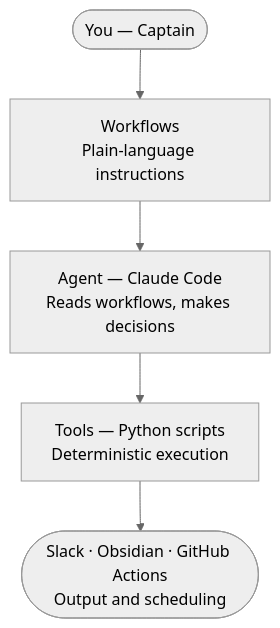
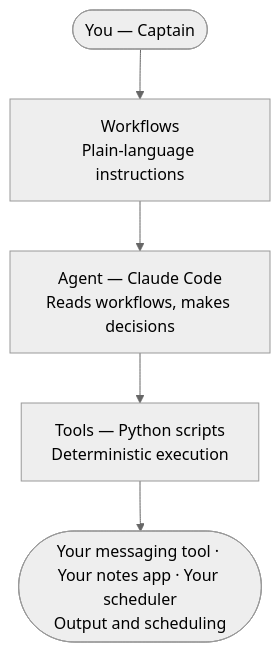
The first of 2 diagrams in README.md (lauriroukala-afk/LateOS-Blueprint), drawn with Mermaid (neutral theme) before and after one commit. The commit also changed other lines of this file and 24 other files, not shown here.

````diff
--- a/README.md
+++ b/README.md
@@ -9,7 +9,7 @@
 ```mermaid
 graph TD
     A([You — Captain]) --> B[Workflows\nPlain-language instructions]
     B --> C[Agent — Claude Code\nReads workflows, makes decisions]
     C --> D[Tools — Python scripts\nDeterministic execution]
-    D --> E([Slack · Obsidian · GitHub Actions\nOutput and scheduling])
+    D --> E([Your messaging tool · Your notes app · Your scheduler\nOutput and scheduling])
 ```
````
